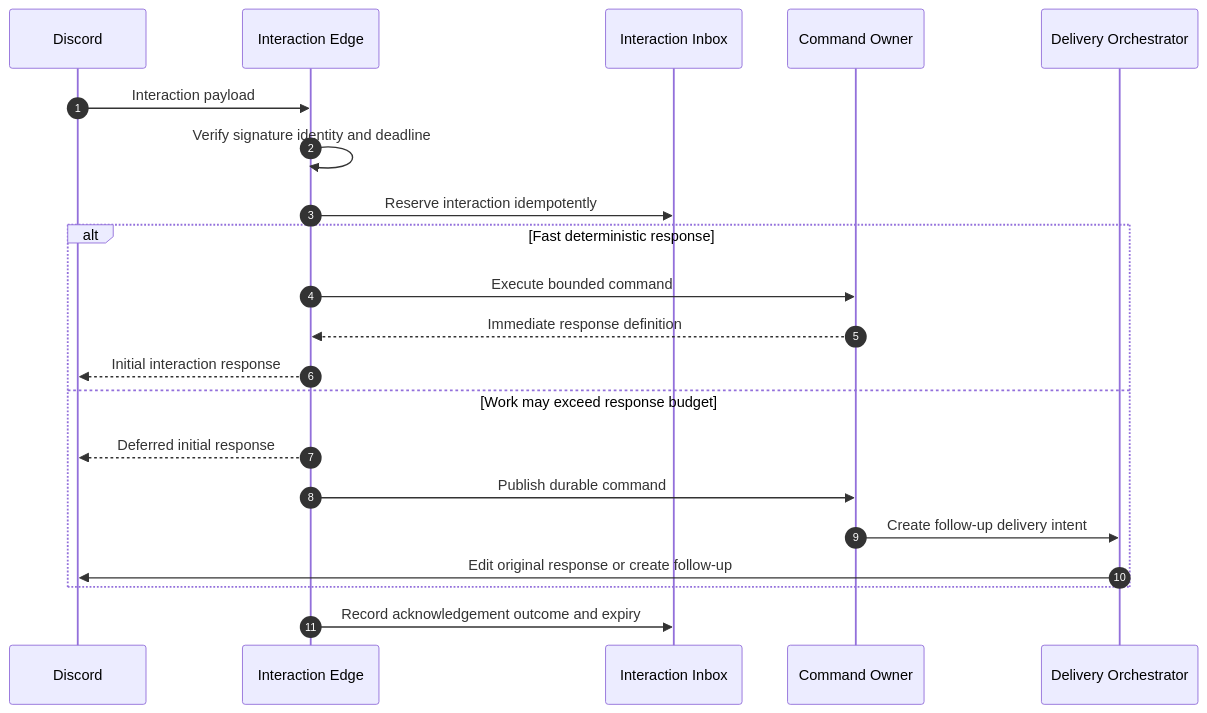
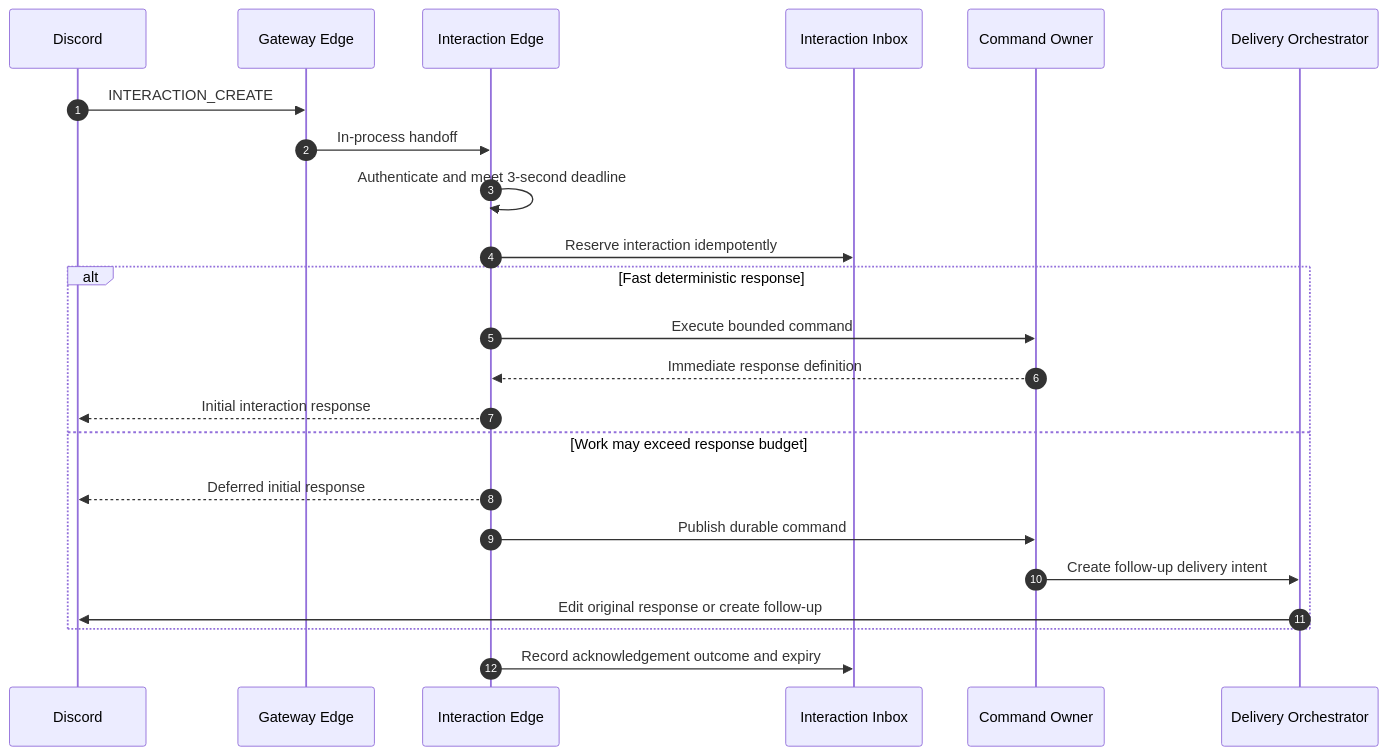
Before and after one commit to obsidia-systems/Discord-Bot-Open-Source: the second of 54 diagrams in docs/architecture/04-runtime-flows.md, drawn with Mermaid. The commit also changed other lines of this file and 27 other files, not shown here.

First line of the commit message:
feat(architecture): add comprehensive architecture review documentation

````diff
--- a/docs/architecture/04-runtime-flows.md
+++ b/docs/architecture/04-runtime-flows.md
@@ -47,26 +47,28 @@
 ```mermaid
 sequenceDiagram
     autonumber
     participant Discord
+    participant Gateway as Gateway Edge
     participant Edge as Interaction Edge
     participant Inbox as Interaction Inbox
     participant Domain as Command Owner
     participant Delivery as Delivery Orchestrator
 
-    Discord->>Edge: Interaction payload
-    Edge->>Edge: Verify signature identity and deadline
+    Discord->>Gateway: INTERACTION_CREATE
+    Gateway->>Edge: In-process handoff
+    Edge->>Edge: Authenticate and meet 3-second deadline
     Edge->>Inbox: Reserve interaction idempotently
 
     alt Fast deterministic response
         Edge->>Domain: Execute bounded command
         Domain-->>Edge: Immediate response definition
         Edge-->>Discord: Initial interaction response
     else Work may exceed response budget
         Edge-->>Discord: Deferred initial response
         Edge->>Domain: Publish durable command
         Domain->>Delivery: Create follow-up delivery intent
         Delivery->>Discord: Edit original response or create follow-up
     end
 
     Edge->>Inbox: Record acknowledgement outcome and expiry
 ```
````
